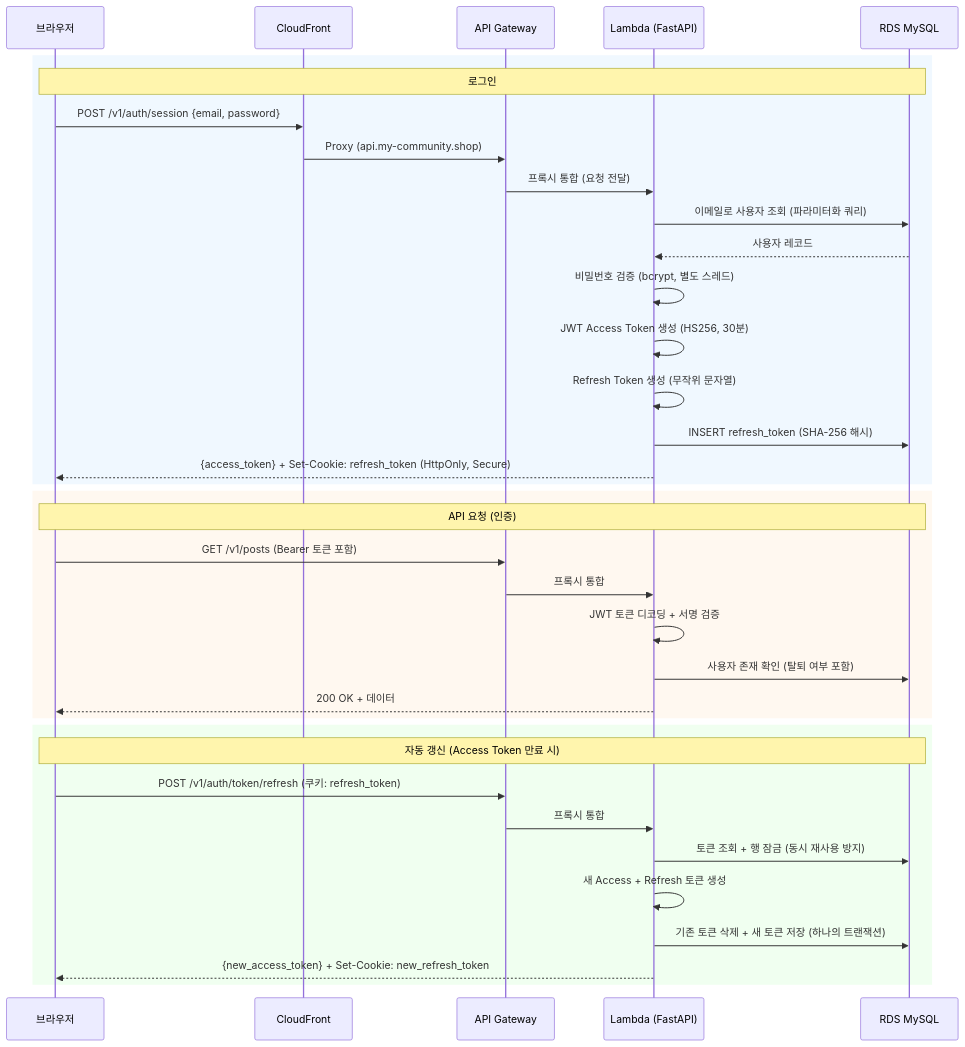
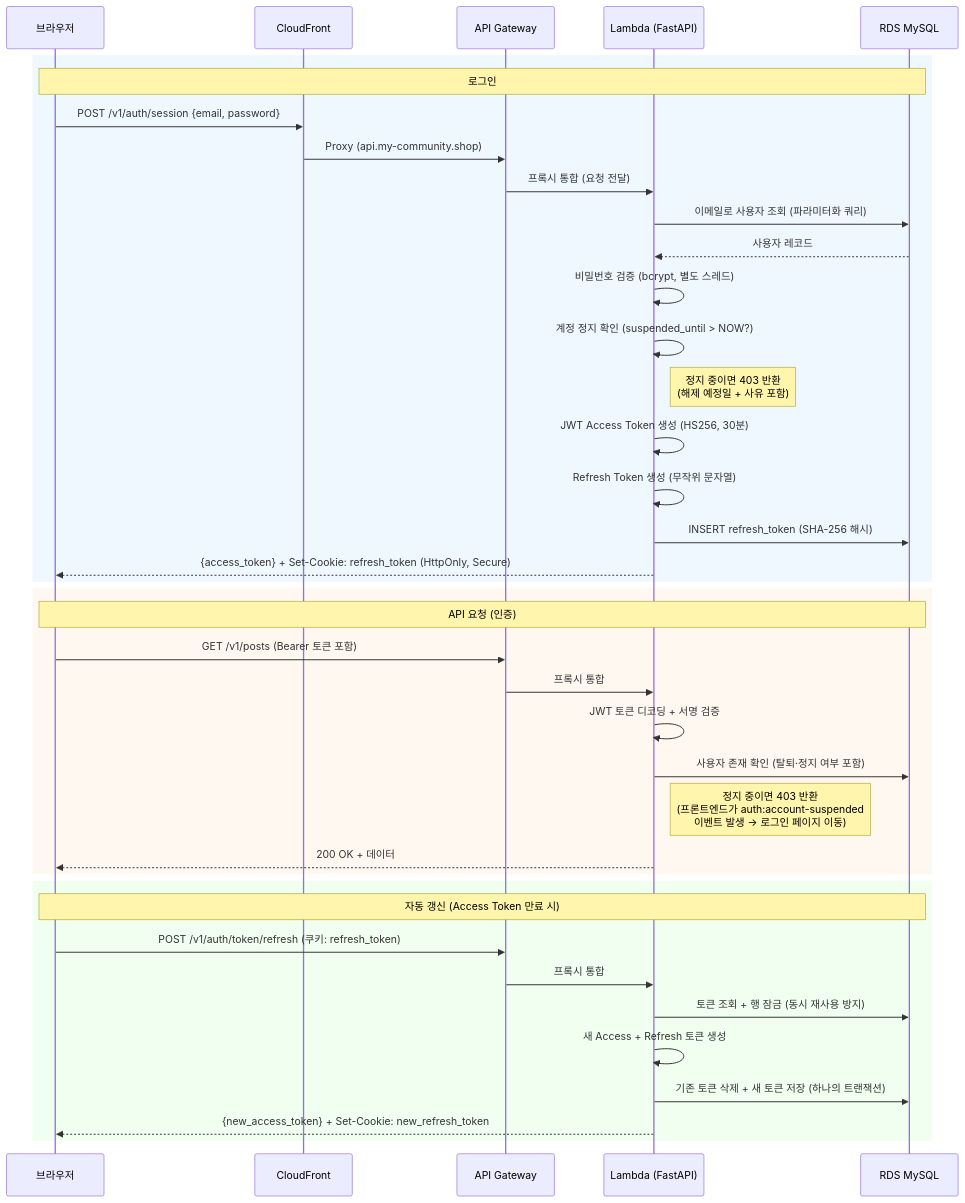
One commit to 80-hours-a-week/2-cho-community-infra changed the sixth of 18 diagrams in report.md. Above: the diagram before and after it, drawn with Mermaid. The commit also changed other lines of this file, not shown here.

````diff
--- a/report.md
+++ b/report.md
@@ -314,41 +333,44 @@
 ```mermaid
 sequenceDiagram
     participant Client as 브라우저
     participant CF as CloudFront
     participant APIGW as API Gateway
     participant Lambda as Lambda (FastAPI)
     participant RDS as RDS MySQL
 
     rect rgb(240, 248, 255)
         Note over Client,RDS: 로그인
         Client->>CF: POST /v1/auth/session {email, password}
         CF->>APIGW: Proxy (api.my-community.shop)
         APIGW->>Lambda: 프록시 통합 (요청 전달)
         Lambda->>RDS: 이메일로 사용자 조회 (파라미터화 쿼리)
         RDS-->>Lambda: 사용자 레코드
         Lambda->>Lambda: 비밀번호 검증 (bcrypt, 별도 스레드)
+        Lambda->>Lambda: 계정 정지 확인 (suspended_until > NOW?)
+        Note right of Lambda: 정지 중이면 403 반환<br/>(해제 예정일 + 사유 포함)
         Lambda->>Lambda: JWT Access Token 생성 (HS256, 30분)
         Lambda->>Lambda: Refresh Token 생성 (무작위 문자열)
         Lambda->>RDS: INSERT refresh_token (SHA-256 해시)
         Lambda-->>Client: {access_token} + Set-Cookie: refresh_token (HttpOnly, Secure)
     end
 
     rect rgb(255, 248, 240)
         Note over Client,RDS: API 요청 (인증)
         Client->>APIGW: GET /v1/posts (Bearer 토큰 포함)
         APIGW->>Lambda: 프록시 통합
         Lambda->>Lambda: JWT 토큰 디코딩 + 서명 검증
-        Lambda->>RDS: 사용자 존재 확인 (탈퇴 여부 포함)
+        Lambda->>RDS: 사용자 존재 확인 (탈퇴·정지 여부 포함)
+        Note right of Lambda: 정지 중이면 403 반환<br/>(프론트엔드가 auth:account-suspended<br/>이벤트 발생 → 로그인 페이지 이동)
         Lambda-->>Client: 200 OK + 데이터
     end
 
     rect rgb(240, 255, 240)
         Note over Client,RDS: 자동 갱신 (Access Token 만료 시)
         Client->>APIGW: POST /v1/auth/token/refresh (쿠키: refresh_token)
         APIGW->>Lambda: 프록시 통합
         Lambda->>RDS: 토큰 조회 + 행 잠금 (동시 재사용 방지)
         Lambda->>Lambda: 새 Access + Refresh 토큰 생성
         Lambda->>RDS: 기존 토큰 삭제 + 새 토큰 저장 (하나의 트랜잭션)
         Lambda-->>Client: {new_access_token} + Set-Cookie: new_refresh_token
     end
 ```
````
